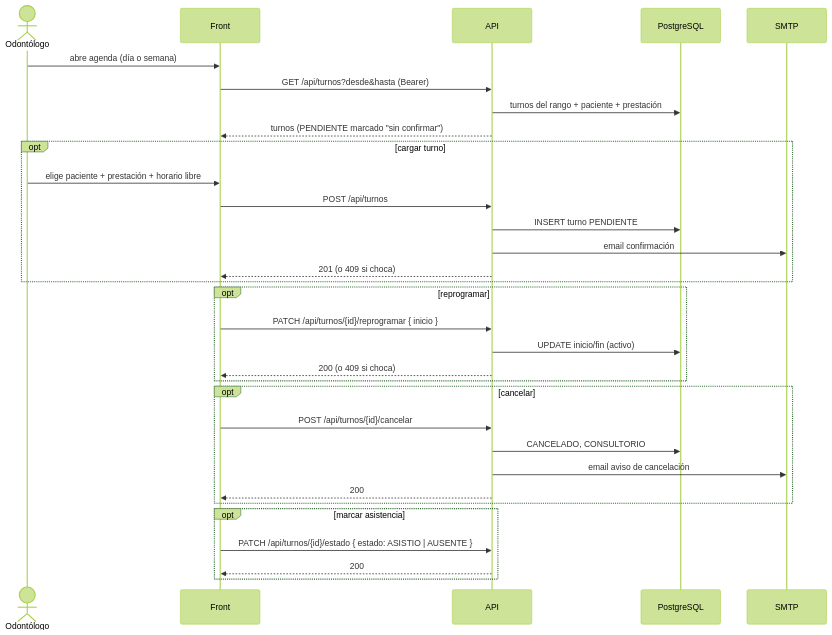
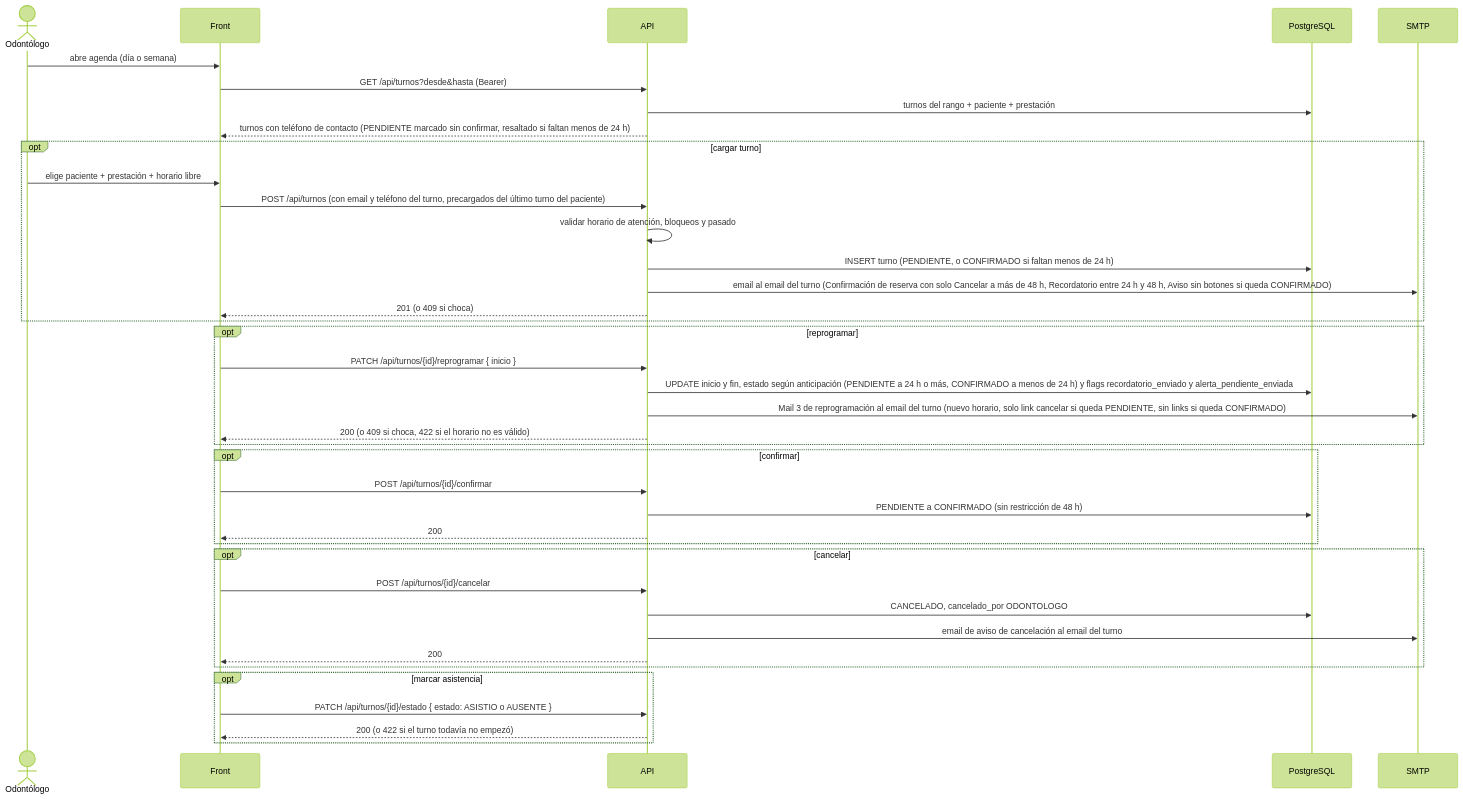
Before and after one commit to ExeBernardon/turnos-odontologia-Bernardon: the sixth of 6 diagrams in knowledge-base/07_flujos_principales.md, drawn with Mermaid (forest theme). The commit also changed other lines of this file and 11 other files, not shown here.

````diff
--- a/knowledge-base/07_flujos_principales.md
+++ b/knowledge-base/07_flujos_principales.md
@@ -197,34 +236,41 @@
 ```mermaid
 sequenceDiagram
     actor O as Odontólogo
     participant F as Front
     participant A as API
     participant DB as PostgreSQL
     participant M as SMTP
     O->>F: abre agenda (día o semana)
     F->>A: GET /api/turnos?desde&hasta  (Bearer)
     A->>DB: turnos del rango + paciente + prestación
-    A-->>F: turnos (PENDIENTE marcado "sin confirmar")
+    A-->>F: turnos con teléfono de contacto (PENDIENTE marcado sin confirmar, resaltado si faltan menos de 24 h)
     opt cargar turno
         O->>F: elige paciente + prestación + horario libre
-        F->>A: POST /api/turnos
-        A->>DB: INSERT turno PENDIENTE
-        A->>M: email confirmación
+        F->>A: POST /api/turnos (con email y teléfono del turno, precargados del último turno del paciente)
+        A->>A: validar horario de atención, bloqueos y pasado
+        A->>DB: INSERT turno (PENDIENTE, o CONFIRMADO si faltan menos de 24 h)
+        A->>M: email al email del turno (Confirmación de reserva con solo Cancelar a más de 48 h, Recordatorio entre 24 h y 48 h, Aviso sin botones si queda CONFIRMADO)
         A-->>F: 201 (o 409 si choca)
     end
     opt reprogramar
         F->>A: PATCH /api/turnos/{id}/reprogramar { inicio }
-        A->>DB: UPDATE inicio/fin (activo)
-        A-->>F: 200 (o 409 si choca)
+        A->>DB: UPDATE inicio y fin, estado según anticipación (PENDIENTE a 24 h o más, CONFIRMADO a menos de 24 h) y flags recordatorio_enviado y alerta_pendiente_enviada
+        A->>M: Mail 3 de reprogramación al email del turno (nuevo horario, solo link cancelar si queda PENDIENTE, sin links si queda CONFIRMADO)
+        A-->>F: 200 (o 409 si choca, 422 si el horario no es válido)
+    end
+    opt confirmar
+        F->>A: POST /api/turnos/{id}/confirmar
+        A->>DB: PENDIENTE a CONFIRMADO (sin restricción de 48 h)
+        A-->>F: 200
     end
     opt cancelar
         F->>A: POST /api/turnos/{id}/cancelar
-        A->>DB: CANCELADO, CONSULTORIO
-        A->>M: email aviso de cancelación
+        A->>DB: CANCELADO, cancelado_por ODONTOLOGO
+        A->>M: email de aviso de cancelación al email del turno
         A-->>F: 200
     end
     opt marcar asistencia
-        F->>A: PATCH /api/turnos/{id}/estado { estado: ASISTIO | AUSENTE }
-        A-->>F: 200
+        F->>A: PATCH /api/turnos/{id}/estado { estado: ASISTIO o AUSENTE }
+        A-->>F: 200 (o 422 si el turno todavía no empezó)
     end
 ```
````
